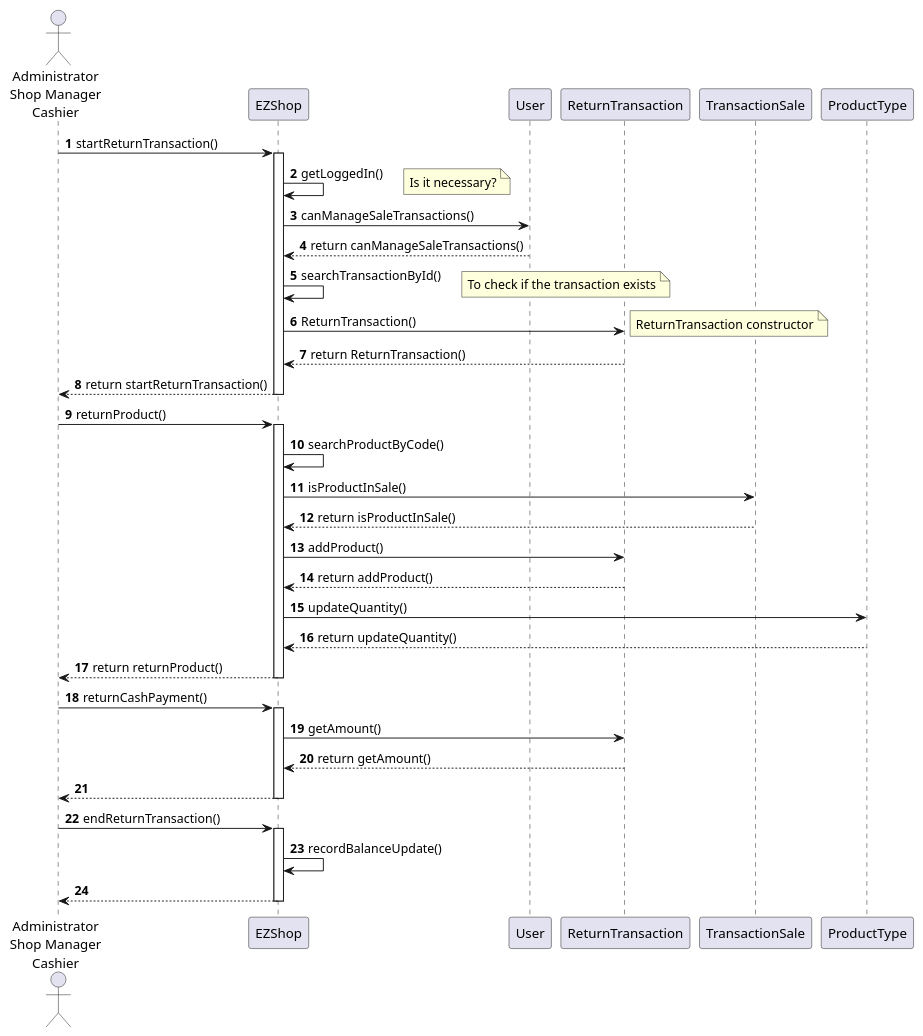
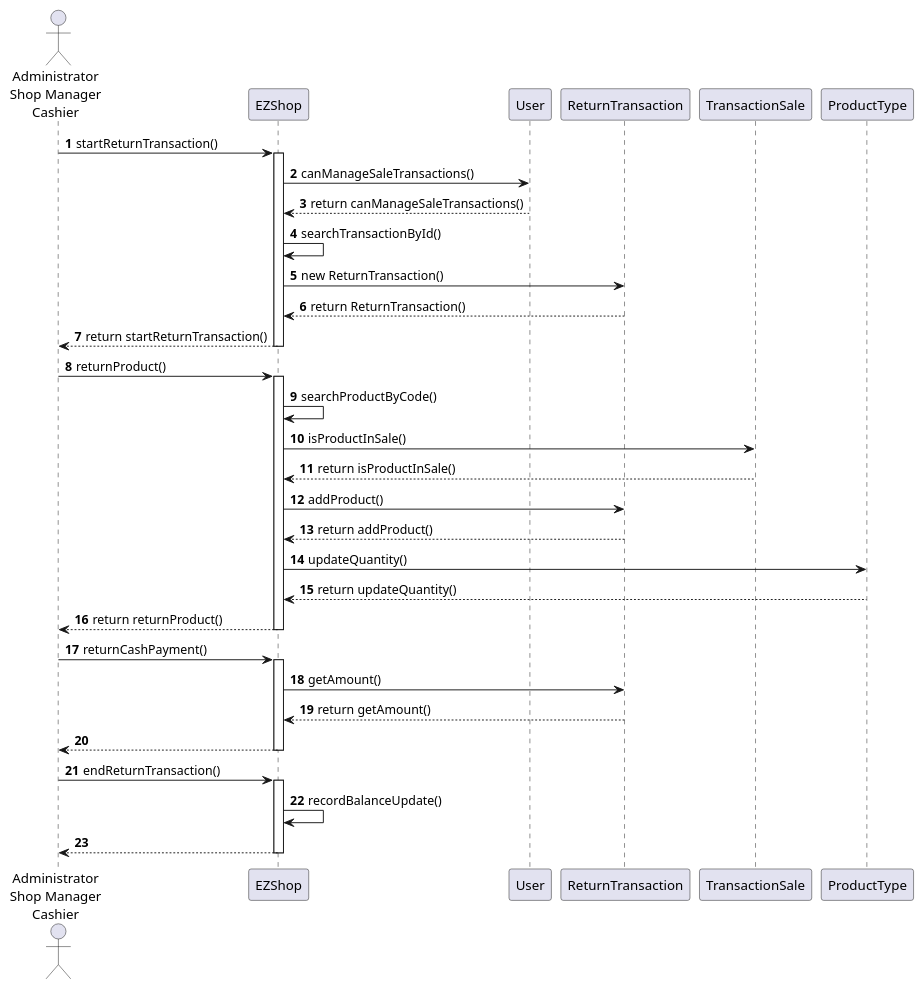
Before and after one commit to gioele-scaletta/EZShop-Software-Engineering-Project: diagram 14 of 15 in Deliverables/DesignDocument.md, drawn with PlantUML. The commit also changed other lines of this file, not shown here.

Commit message:
docs: updated sequence diagrams for scenarios 8.1, 8.2, 9.1, 10.1, 10.2

````diff
--- a/Deliverables/DesignDocument.md
+++ b/Deliverables/DesignDocument.md
@@ -498,43 +496,39 @@
 ```plantuml
 actor "Administrator\nShop Manager\nCashier" as user
 
 autonumber
 user -> EZShop : startReturnTransaction()
 activate  EZShop
-EZShop -> EZShop : getLoggedIn()
-note right: Is it necessary?
 EZShop -> User : canManageSaleTransactions()
 EZShop <-- User : return canManageSaleTransactions()
 EZShop -> EZShop : searchTransactionById()
-note right: To check if the transaction exists
-EZShop -> ReturnTransaction : ReturnTransaction()
-note right: ReturnTransaction constructor
+EZShop -> ReturnTransaction : new ReturnTransaction()
 EZShop <-- ReturnTransaction : return ReturnTransaction()
 user <-- EZShop : return startReturnTransaction()
 deactivate EZShop
 
 user -> EZShop : returnProduct()
 activate EZShop
 EZShop -> EZShop : searchProductByCode()
 EZShop -> TransactionSale : isProductInSale()
 EZShop <-- TransactionSale : return isProductInSale()
 EZShop -> ReturnTransaction : addProduct()
 EZShop <-- ReturnTransaction : return addProduct()
 EZShop -> ProductType : updateQuantity()
 EZShop <-- ProductType : return updateQuantity()
 user <-- EZShop : return returnProduct()
 deactivate EZShop
 
 user -> EZShop : returnCashPayment()
 activate EZShop
 EZShop -> ReturnTransaction : getAmount()
 EZShop <-- ReturnTransaction : return getAmount()
 user <-- EZShop
 deactivate EZShop
 
 user -> EZShop : endReturnTransaction()
 activate EZShop
 EZShop -> EZShop : recordBalanceUpdate()
 user <-- EZShop
 deactivate EZShop
 ```
````
